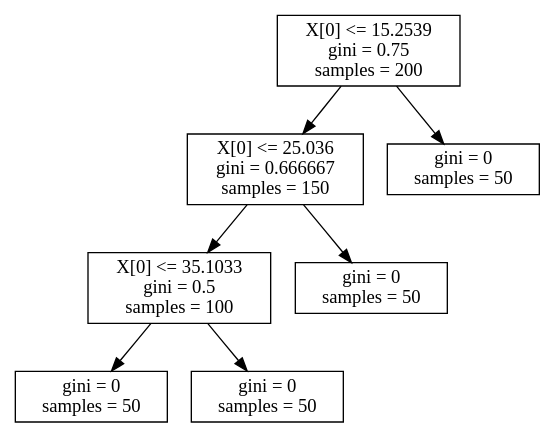
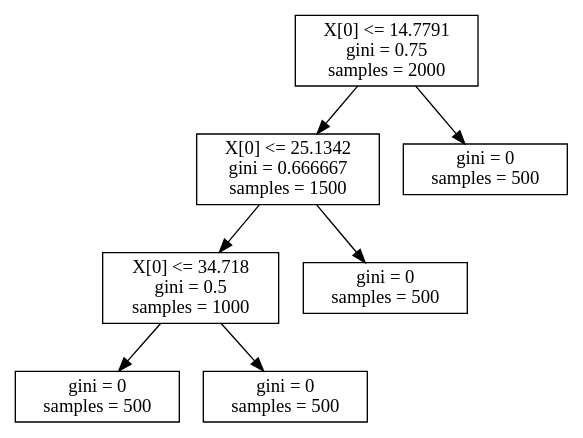
The diagram in tree.dot (alex6792/ImageProcessingLib), drawn with Graphviz before and after one commit. The commit also changed 41 other files, not shown here.

```diff
--- a/tree.dot
+++ b/tree.dot
@@ -1,16 +1,16 @@
 digraph Tree {
 node [shape=box]
-0 [label="X[0] <= 15.2539\ngini = 0.75\nsamples = 200\n"] ;
+0 [label="X[0] <= 14.7791\ngini = 0.75\nsamples = 2000\n"] ;
 0 -> 1 ;
 0 -> 2 ;
-1 [label="X[0] <= 25.036\ngini = 0.666667\nsamples = 150\n"] ;
+1 [label="X[0] <= 25.1342\ngini = 0.666667\nsamples = 1500\n"] ;
 1 -> 3 ;
 1 -> 4 ;
-2 [label="gini = 0\nsamples = 50\n"] ;
-3 [label="X[0] <= 35.1033\ngini = 0.5\nsamples = 100\n"] ;
+2 [label="gini = 0\nsamples = 500\n"] ;
+3 [label="X[0] <= 34.718\ngini = 0.5\nsamples = 1000\n"] ;
 3 -> 5 ;
 3 -> 6 ;
-4 [label="gini = 0\nsamples = 50\n"] ;
-5 [label="gini = 0\nsamples = 50\n"] ;
-6 [label="gini = 0\nsamples = 50\n"] ;
+4 [label="gini = 0\nsamples = 500\n"] ;
+5 [label="gini = 0\nsamples = 500\n"] ;
+6 [label="gini = 0\nsamples = 500\n"] ;
 }
```
